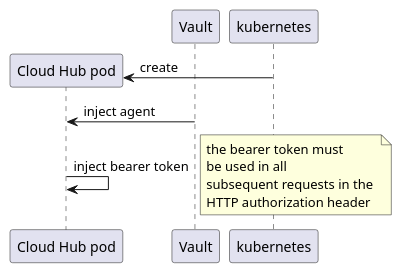
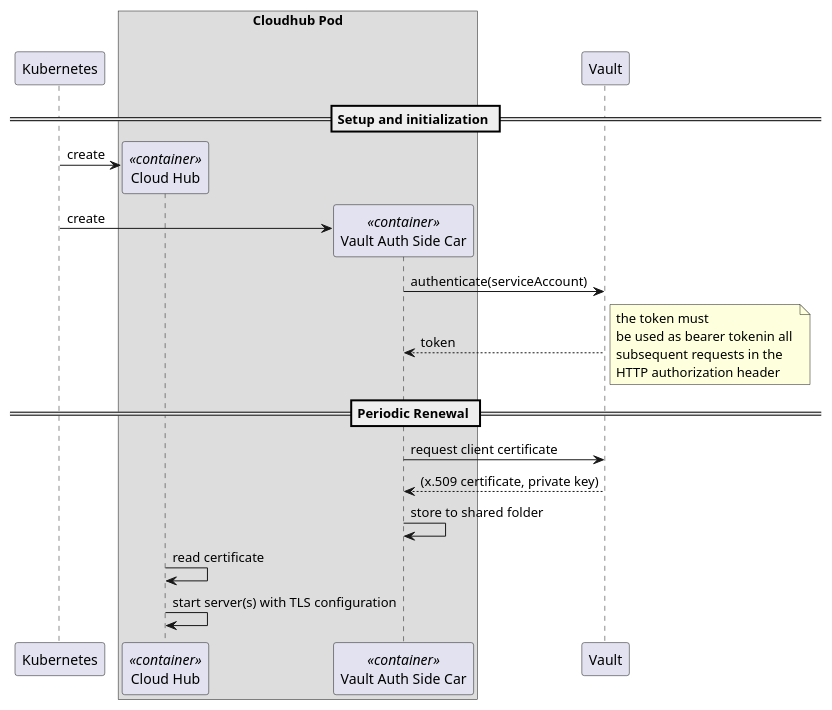
One commit to edgefarm/kubeedge changed the diagram in docs/images/proposals/pki-cloudhub-auth.puml. Above: the diagram before and after it, drawn with PlantUML.

Commit message:
Updated auth diagram

```diff
--- a/docs/images/proposals/pki-cloudhub-auth.puml
+++ b/docs/images/proposals/pki-cloudhub-auth.puml
@@ -1,16 +1,37 @@
 @startuml
-participant "Cloud Hub pod" as ch
+
+participant Kubernetes as k8s
+box "Cloudhub Pod"
+participant "Cloud Hub" as cloudhub <<container>>
+participant "Vault Auth Side Car" as sidecar <<container>>
+end box
 participant Vault as vault
 
-create ch
-kubernetes -> ch : create
-vault -> ch : inject agent
-ch -> ch : inject bearer token
+
+== Setup and initialization ==
+create cloudhub
+k8s -> cloudhub : create
+
+create sidecar
+k8s -> sidecar : create
+
+sidecar -> vault : authenticate(serviceAccount)
+return token
 
 note right 
-the bearer token must 
-be used in all 
+the token must 
+be used as bearer tokenin all 
 subsequent requests in the 
 HTTP authorization header
 end note
+
+== Periodic Renewal ==
+
+sidecar -> vault : request client certificate
+return (x.509 certificate, private key)
+sidecar -> sidecar : store to shared folder
+
+cloudhub -> cloudhub : read certificate
+cloudhub -> cloudhub : start server(s) with TLS configuration
+
 @enduml
```
